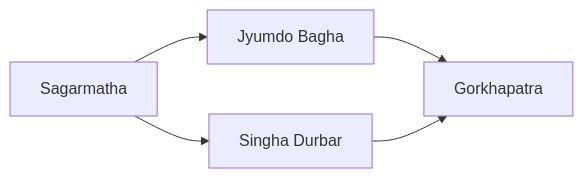
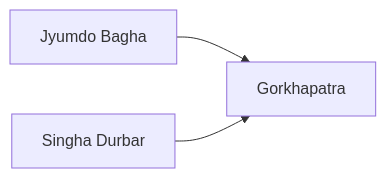
One commit to Donnervogel98/Civilization-VII---Obsidian-Vault changed the diagram in Civilizations - Modern/Nepal.md. Above: the diagram before and after it, drawn with Mermaid. The commit also changed other lines of this file and 9 other files, not shown here.

````diff
--- a/Civilizations - Modern/Nepal.md
+++ b/Civilizations - Modern/Nepal.md
@@ -90,7 +93,5 @@
 ```mermaid
 graph LR;
-	A[Sagarmatha] --> B;
-	A --> C[Singha Durbar];
 	B[Jyumdo Bagha] --> D[Gorkhapatra];
-	C --> D;
+	C[Singha Durbar] --> D;
 ```
````
